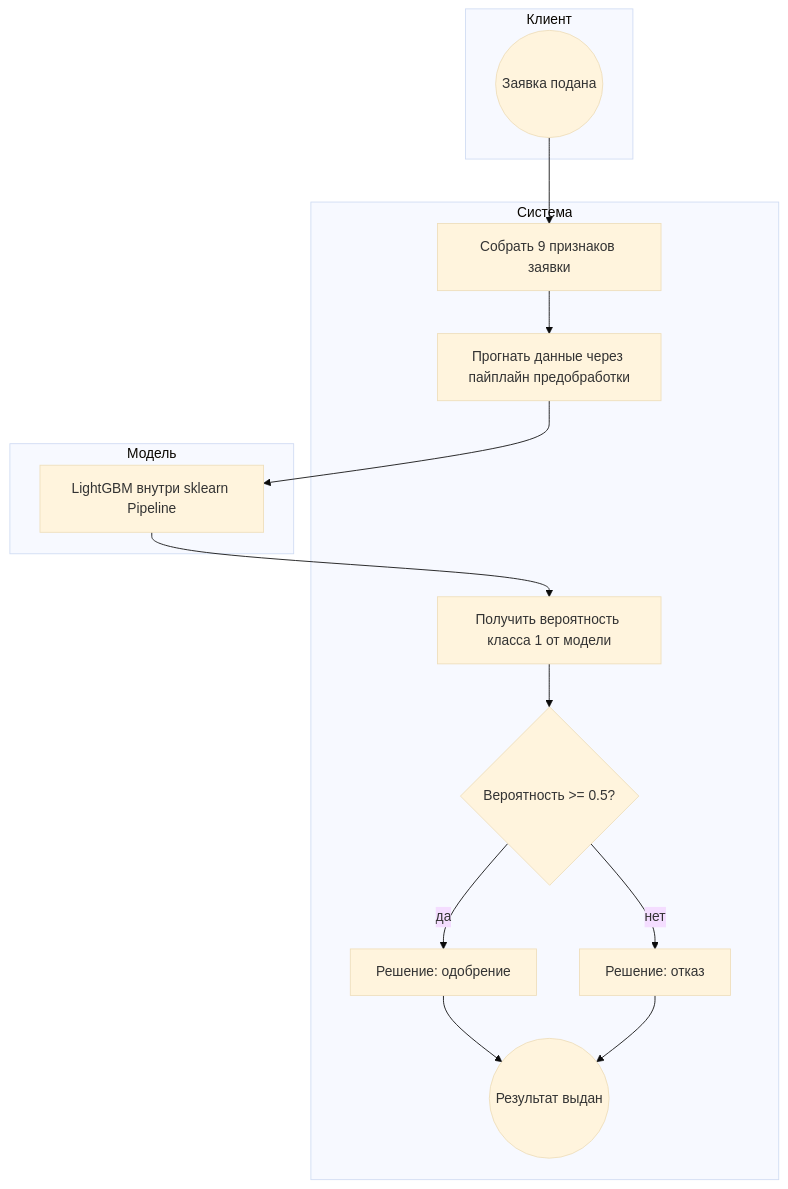
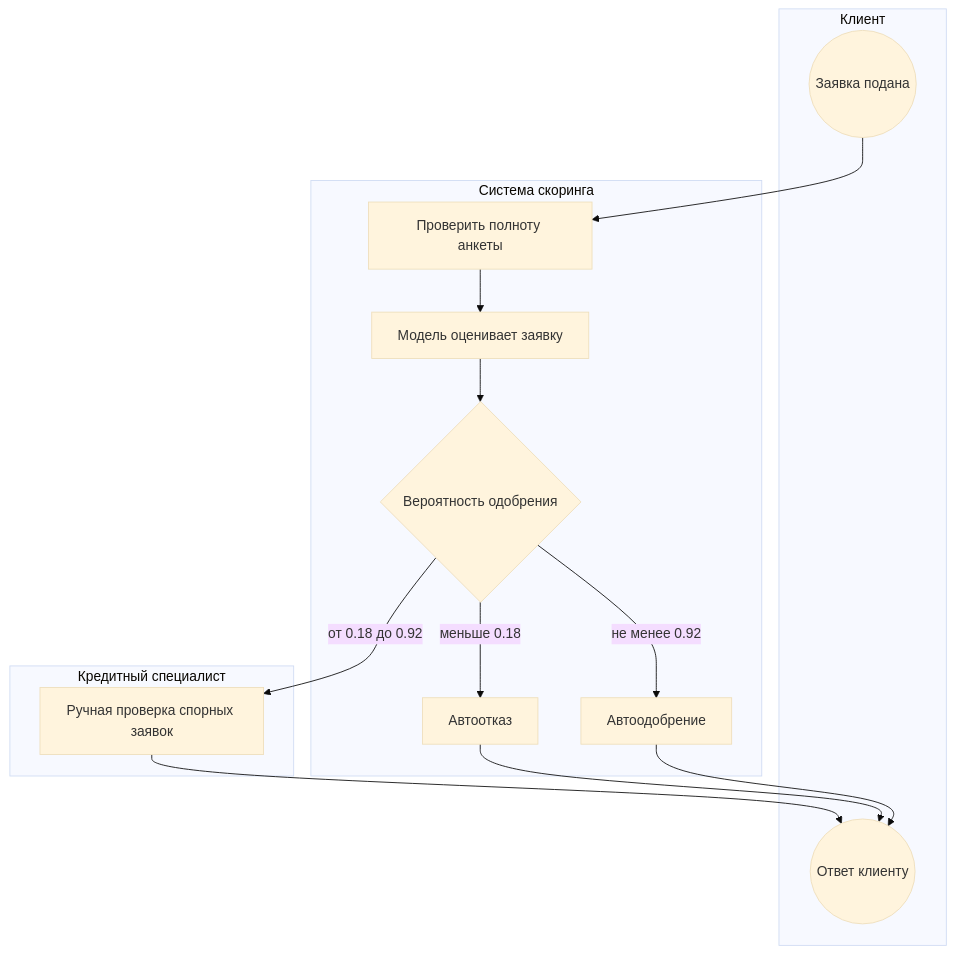
The diagram in Model_BPMN.md (IvanMMMLich/loan-approval-prediction-v2), drawn with Mermaid (base theme) before and after one commit. The commit also changed other lines of this file, not shown here.

````diff
--- a/Model_BPMN.md
+++ b/Model_BPMN.md
@@ -9,30 +11,29 @@
 ```mermaid
 flowchart TD
     subgraph Клиент
         A((Заявка подана))
+        H((Ответ клиенту))
     end
 
-    subgraph Система
-        B[Собрать 9 признаков заявки]
-        C[Прогнать данные через пайплайн предобработки]
-        D[Получить вероятность класса 1 от модели]
-        E{Вероятность >= 0.5?}
-        F[Решение: одобрение]
-        G[Решение: отказ]
-        H((Результат выдан))
+    subgraph Система скоринга
+        B[Проверить полноту анкеты]
+        C[Модель оценивает заявку]
+        D{Вероятность одобрения}
+        E[Автоодобрение]
+        F[Автоотказ]
     end
 
-    subgraph Модель
-        M[LightGBM внутри sklearn Pipeline]
+    subgraph Кредитный специалист
+        G[Ручная проверка спорных заявок]
     end
 
     A --> B
     B --> C
-    C --> M
-    M --> D
-    D --> E
-    E -- да --> F
-    E -- нет --> G
+    C --> D
+    D -- "не менее 0.92" --> E
+    D -- "меньше 0.18" --> F
+    D -- "от 0.18 до 0.92" --> G
+    E --> H
     F --> H
     G --> H
 ```
````
